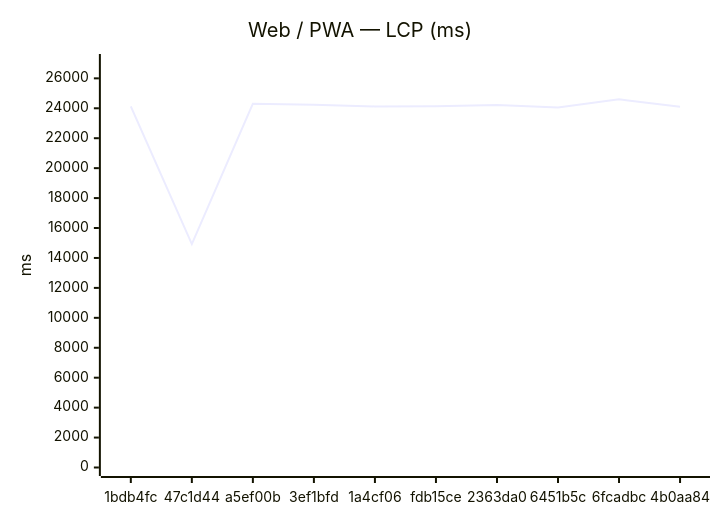
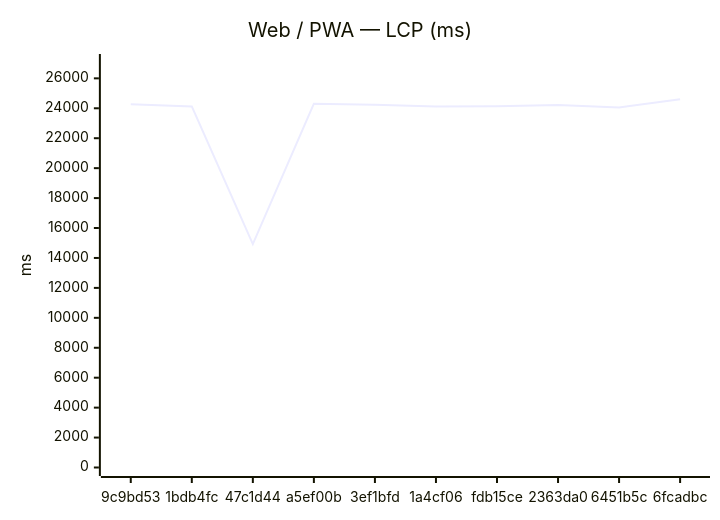
The first of 12 diagrams in benchmarks/compare.md (Metaheurist/Rianell), drawn with Mermaid before and after one commit. The commit also changed other lines of this file and 8 other files, not shown here.

````diff
--- a/benchmarks/compare.md
+++ b/benchmarks/compare.md
@@ -24,7 +24,7 @@
 ```mermaid
 xychart-beta
     title "Web / PWA — LCP (ms)"
-    x-axis ["1bdb4fc", "47c1d44", "a5ef00b", "3ef1bfd", "1a4cf06", "fdb15ce", "2363da0", "6451b5c", "6fcadbc", "4b0aa84"]
+    x-axis ["9c9bd53", "1bdb4fc", "47c1d44", "a5ef00b", "3ef1bfd", "1a4cf06", "fdb15ce", "2363da0", "6451b5c", "6fcadbc"]
     y-axis "ms" 0 --> 27059
-    line [24126, 14929, 24310, 24236, 24125, 24144, 24218, 24056, 24599, 24101]
+    line [24263, 24126, 14929, 24310, 24236, 24125, 24144, 24218, 24056, 24599]
 ```
````
